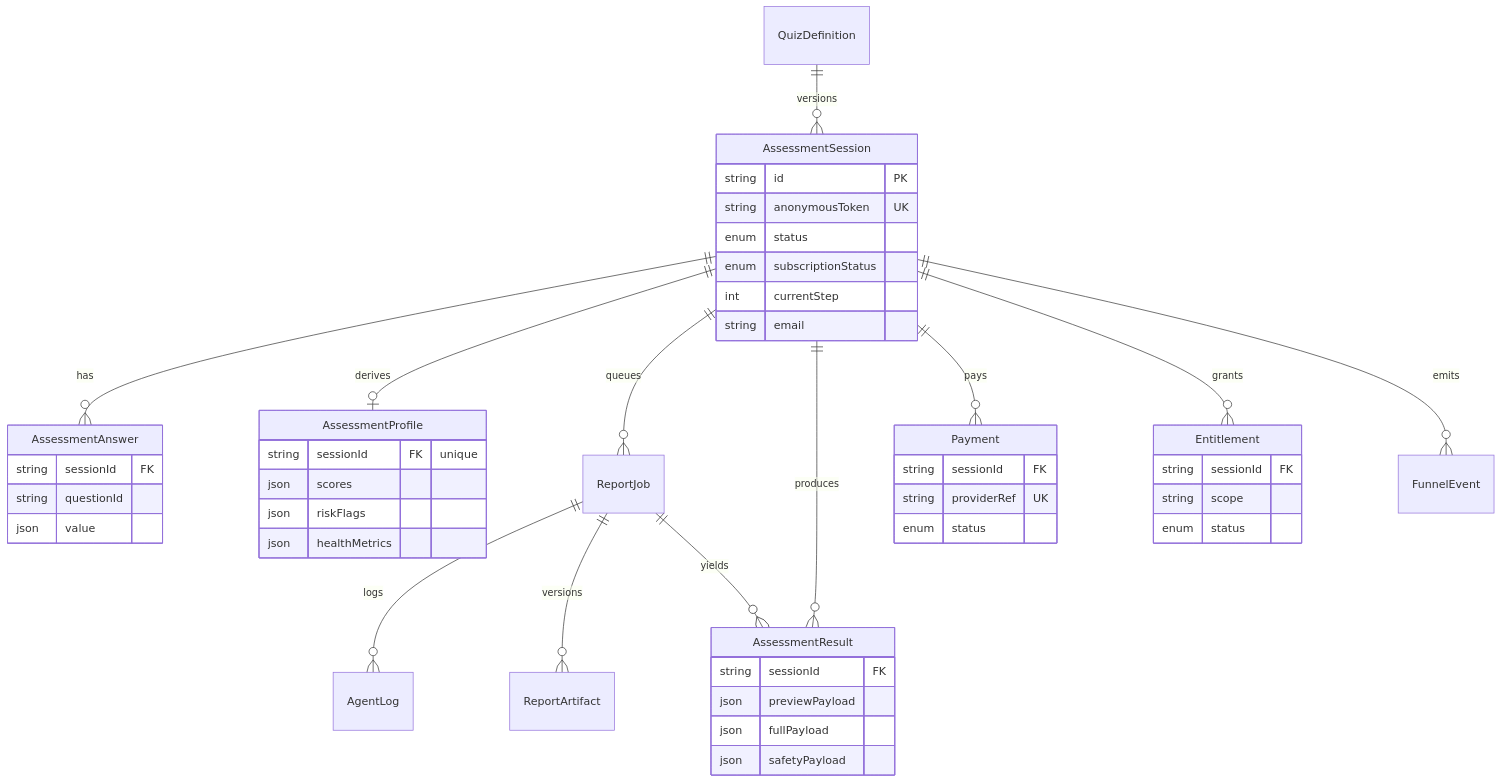
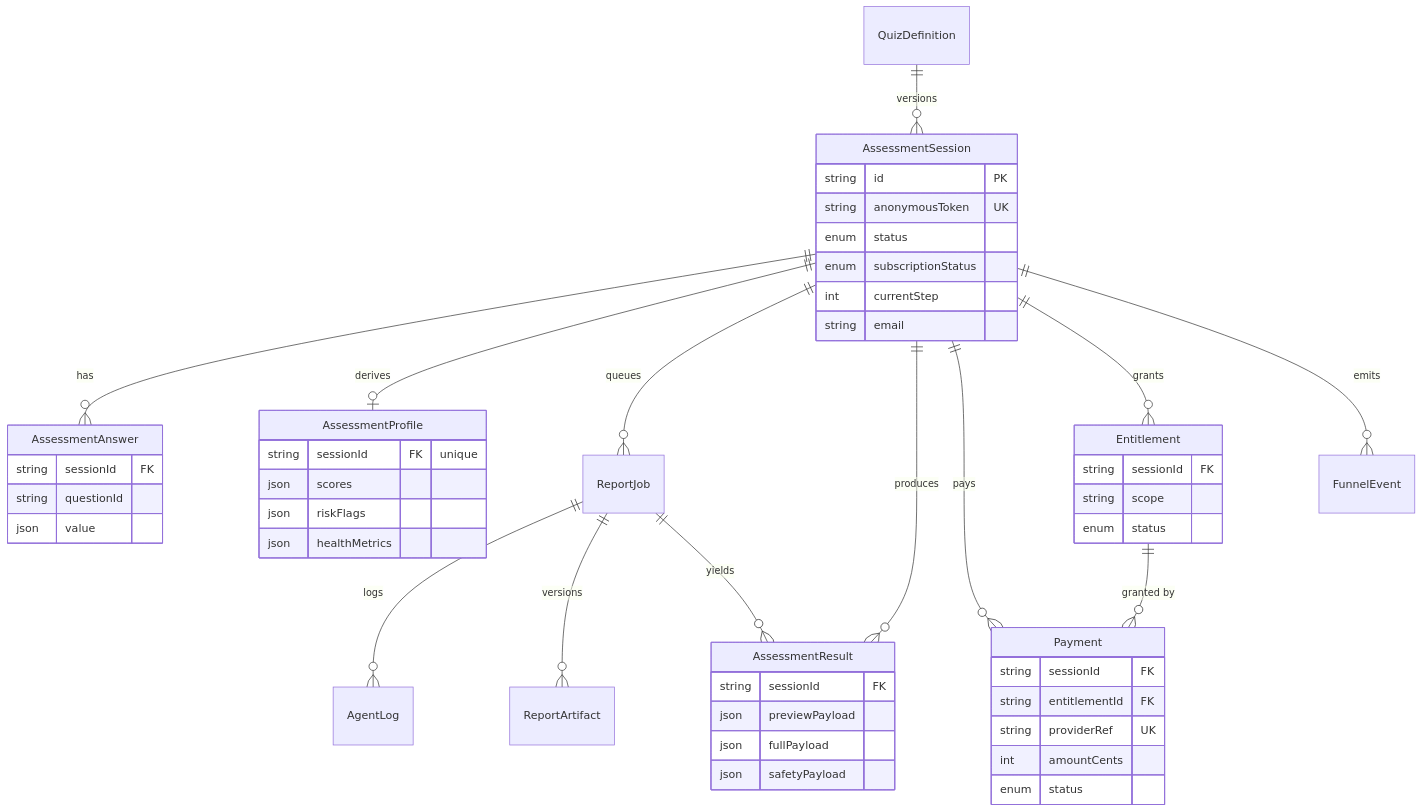
One commit to 7patrix/Sports changed the diagram in README.md. Above: the diagram before and after it, drawn with Mermaid. The commit also changed other lines of this file and 22 other files, not shown here.

````diff
--- a/README.md
+++ b/README.md
@@ -117,50 +123,53 @@
 ```mermaid
 erDiagram
   QuizDefinition ||--o{ AssessmentSession : versions
   AssessmentSession ||--o{ AssessmentAnswer : has
   AssessmentSession ||--o| AssessmentProfile : derives
   AssessmentSession ||--o{ ReportJob : queues
   AssessmentSession ||--o{ AssessmentResult : produces
   AssessmentSession ||--o{ Payment : pays
   AssessmentSession ||--o{ Entitlement : grants
   AssessmentSession ||--o{ FunnelEvent : emits
+  Entitlement ||--o{ Payment : "granted by"
   ReportJob ||--o{ AgentLog : logs
   ReportJob ||--o{ ReportArtifact : versions
   ReportJob ||--o{ AssessmentResult : yields
 
   AssessmentSession {
     string id PK
     string anonymousToken UK
     enum   status
     enum   subscriptionStatus
     int    currentStep
     string email
   }
   AssessmentAnswer {
     string sessionId FK
     string questionId
     json   value
   }
   AssessmentProfile {
     string sessionId FK "unique"
     json   scores
     json   riskFlags
     json   healthMetrics
   }
   AssessmentResult {
     string sessionId FK
     json   previewPayload
     json   fullPayload
     json   safetyPayload
   }
   Entitlement {
     string sessionId FK
     string scope
     enum   status
   }
   Payment {
     string sessionId FK
+    string entitlementId FK
     string providerRef UK
+    int    amountCents
     enum   status
   }
 ```
````
